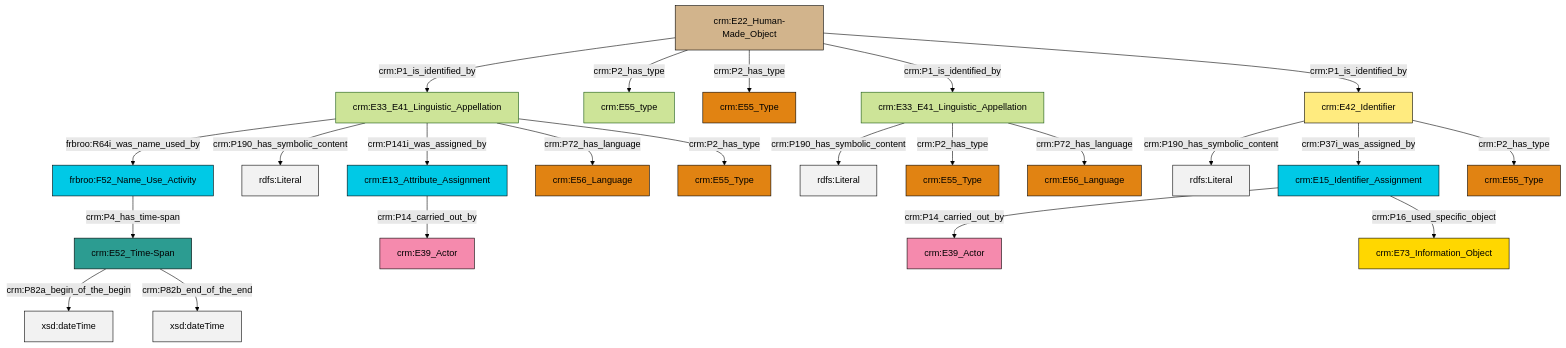
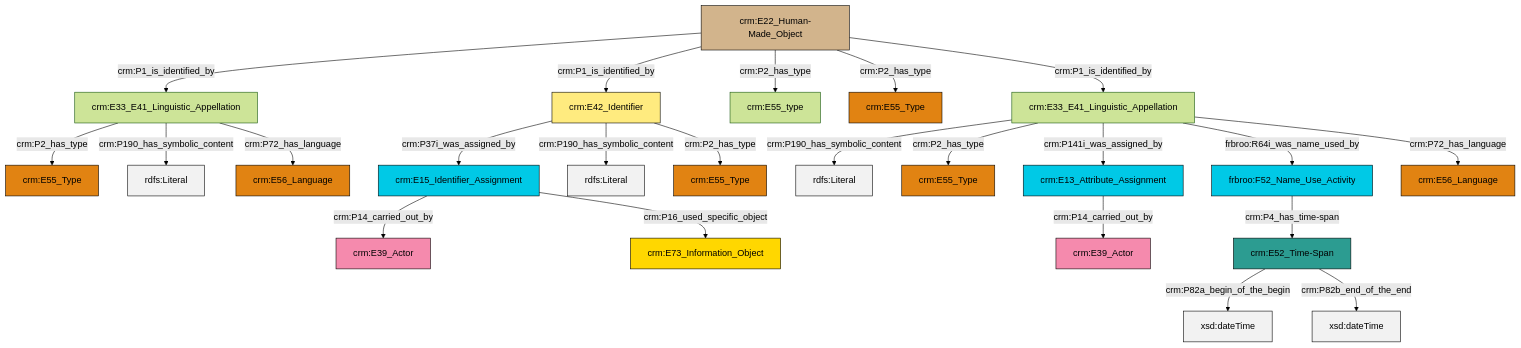
One commit to swiss-art-research-net/reference-data-models changed the diagram in et/artworkCSV/ttl/mmd/Artwork_Name.ttl.mmd. Above: the diagram before and after it, drawn with Mermaid (forest theme). The commit also changed 152 other files, not shown here.

```diff
--- a/et/artworkCSV/ttl/mmd/Artwork_Name.ttl.mmd
+++ b/et/artworkCSV/ttl/mmd/Artwork_Name.ttl.mmd
@@ -1,37 +1,37 @@
 graph TD
 classDef Literal fill:#f2f2f2,stroke:#000000;
 classDef CRM_Entity fill:#FFFFFF,stroke:#000000;
 classDef Temporal_Entity fill:#00C9E6, stroke:#000000;
 classDef Type fill:#E18312, stroke:#000000;
 classDef Time-Span fill:#2C9C91, stroke:#000000;
 classDef Appellation fill:#FFEB7F, stroke:#000000;
 classDef Place fill:#008836, stroke:#000000;
 classDef Persistent_Item fill:#B266B2, stroke:#000000;
 classDef Conceptual_Object fill:#FFD700, stroke:#000000;
 classDef Physical_Thing fill:#D2B48C, stroke:#000000;
 classDef Actor fill:#f58aad, stroke:#000000;
 classDef PC_Classes fill:#4ce600, stroke:#000000;
 classDef Multi fill:#cccccc,stroke:#000000;
 
 0["crm:E22_Human-Made_Object"]:::Physical_Thing -->|crm:P1_is_identified_by| 1["crm:E33_E41_Linguistic_Appellation"]:::Default
-6["crm:E33_E41_Linguistic_Appellation"]:::Default -->|crm:P190_has_symbolic_content| 7[rdfs:Literal]:::Literal
-1["crm:E33_E41_Linguistic_Appellation"]:::Default -->|frbroo:R64i_was_name_used_by| 8["frbroo:F52_Name_Use_Activity"]:::Temporal_Entity
-19["crm:E52_Time-Span"]:::Time-Span -->|crm:P82a_begin_of_the_begin| 20[xsd:dateTime]:::Literal
-6["crm:E33_E41_Linguistic_Appellation"]:::Default -->|crm:P2_has_type| 21["crm:E55_Type"]:::Type
-0["crm:E22_Human-Made_Object"]:::Physical_Thing -->|crm:P2_has_type| 22["crm:E55_type"]:::Default
-24["crm:E42_Identifier"]:::Appellation -->|crm:P190_has_symbolic_content| 25[rdfs:Literal]:::Literal
-24["crm:E42_Identifier"]:::Appellation -->|crm:P37i_was_assigned_by| 27["crm:E15_Identifier_Assignment"]:::Temporal_Entity
-1["crm:E33_E41_Linguistic_Appellation"]:::Default -->|crm:P190_has_symbolic_content| 31[rdfs:Literal]:::Literal
-6["crm:E33_E41_Linguistic_Appellation"]:::Default -->|crm:P72_has_language| 32["crm:E56_Language"]:::Type
-0["crm:E22_Human-Made_Object"]:::Physical_Thing -->|crm:P2_has_type| 29["crm:E55_Type"]:::Type
-19["crm:E52_Time-Span"]:::Time-Span -->|crm:P82b_end_of_the_end| 36[xsd:dateTime]:::Literal
-0["crm:E22_Human-Made_Object"]:::Physical_Thing -->|crm:P1_is_identified_by| 6["crm:E33_E41_Linguistic_Appellation"]:::Default
-8["frbroo:F52_Name_Use_Activity"]:::Temporal_Entity -->|crm:P4_has_time-span| 19["crm:E52_Time-Span"]:::Time-Span
-1["crm:E33_E41_Linguistic_Appellation"]:::Default -->|crm:P141i_was_assigned_by| 17["crm:E13_Attribute_Assignment"]:::Temporal_Entity
-0["crm:E22_Human-Made_Object"]:::Physical_Thing -->|crm:P1_is_identified_by| 24["crm:E42_Identifier"]:::Appellation
-1["crm:E33_E41_Linguistic_Appellation"]:::Default -->|crm:P72_has_language| 37["crm:E56_Language"]:::Type
-27["crm:E15_Identifier_Assignment"]:::Temporal_Entity -->|crm:P14_carried_out_by| 10["crm:E39_Actor"]:::Actor
-17["crm:E13_Attribute_Assignment"]:::Temporal_Entity -->|crm:P14_carried_out_by| 15["crm:E39_Actor"]:::Actor
+6["crm:E52_Time-Span"]:::Time-Span -->|crm:P82a_begin_of_the_begin| 7[xsd:dateTime]:::Literal
+10["frbroo:F52_Name_Use_Activity"]:::Temporal_Entity -->|crm:P4_has_time-span| 6["crm:E52_Time-Span"]:::Time-Span
+15["crm:E42_Identifier"]:::Appellation -->|crm:P37i_was_assigned_by| 16["crm:E15_Identifier_Assignment"]:::Temporal_Entity
+16["crm:E15_Identifier_Assignment"]:::Temporal_Entity -->|crm:P14_carried_out_by| 8["crm:E39_Actor"]:::Actor
+17["crm:E33_E41_Linguistic_Appellation"]:::Default -->|crm:P190_has_symbolic_content| 18[rdfs:Literal]:::Literal
+15["crm:E42_Identifier"]:::Appellation -->|crm:P190_has_symbolic_content| 20[rdfs:Literal]:::Literal
+0["crm:E22_Human-Made_Object"]:::Physical_Thing -->|crm:P1_is_identified_by| 15["crm:E42_Identifier"]:::Appellation
+17["crm:E33_E41_Linguistic_Appellation"]:::Default -->|crm:P2_has_type| 26["crm:E55_Type"]:::Type
+0["crm:E22_Human-Made_Object"]:::Physical_Thing -->|crm:P2_has_type| 12["crm:E55_type"]:::Default
+16["crm:E15_Identifier_Assignment"]:::Temporal_Entity -->|crm:P16_used_specific_object| 30["crm:E73_Information_Object"]:::Conceptual_Object
+0["crm:E22_Human-Made_Object"]:::Physical_Thing -->|crm:P2_has_type| 22["crm:E55_Type"]:::Type
+0["crm:E22_Human-Made_Object"]:::Physical_Thing -->|crm:P1_is_identified_by| 17["crm:E33_E41_Linguistic_Appellation"]:::Default
+15["crm:E42_Identifier"]:::Appellation -->|crm:P2_has_type| 32["crm:E55_Type"]:::Type
 1["crm:E33_E41_Linguistic_Appellation"]:::Default -->|crm:P2_has_type| 2["crm:E55_Type"]:::Type
-24["crm:E42_Identifier"]:::Appellation -->|crm:P2_has_type| 13["crm:E55_Type"]:::Type
-27["crm:E15_Identifier_Assignment"]:::Temporal_Entity -->|crm:P16_used_specific_object| 4["crm:E73_Information_Object"]:::Conceptual_Object
+17["crm:E33_E41_Linguistic_Appellation"]:::Default -->|crm:P141i_was_assigned_by| 4["crm:E13_Attribute_Assignment"]:::Temporal_Entity
+1["crm:E33_E41_Linguistic_Appellation"]:::Default -->|crm:P190_has_symbolic_content| 35[rdfs:Literal]:::Literal
+1["crm:E33_E41_Linguistic_Appellation"]:::Default -->|crm:P72_has_language| 28["crm:E56_Language"]:::Type
+6["crm:E52_Time-Span"]:::Time-Span -->|crm:P82b_end_of_the_end| 39[xsd:dateTime]:::Literal
+17["crm:E33_E41_Linguistic_Appellation"]:::Default -->|frbroo:R64i_was_name_used_by| 10["frbroo:F52_Name_Use_Activity"]:::Temporal_Entity
+4["crm:E13_Attribute_Assignment"]:::Temporal_Entity -->|crm:P14_carried_out_by| 24["crm:E39_Actor"]:::Actor
+17["crm:E33_E41_Linguistic_Appellation"]:::Default -->|crm:P72_has_language| 40["crm:E56_Language"]:::Type
```
